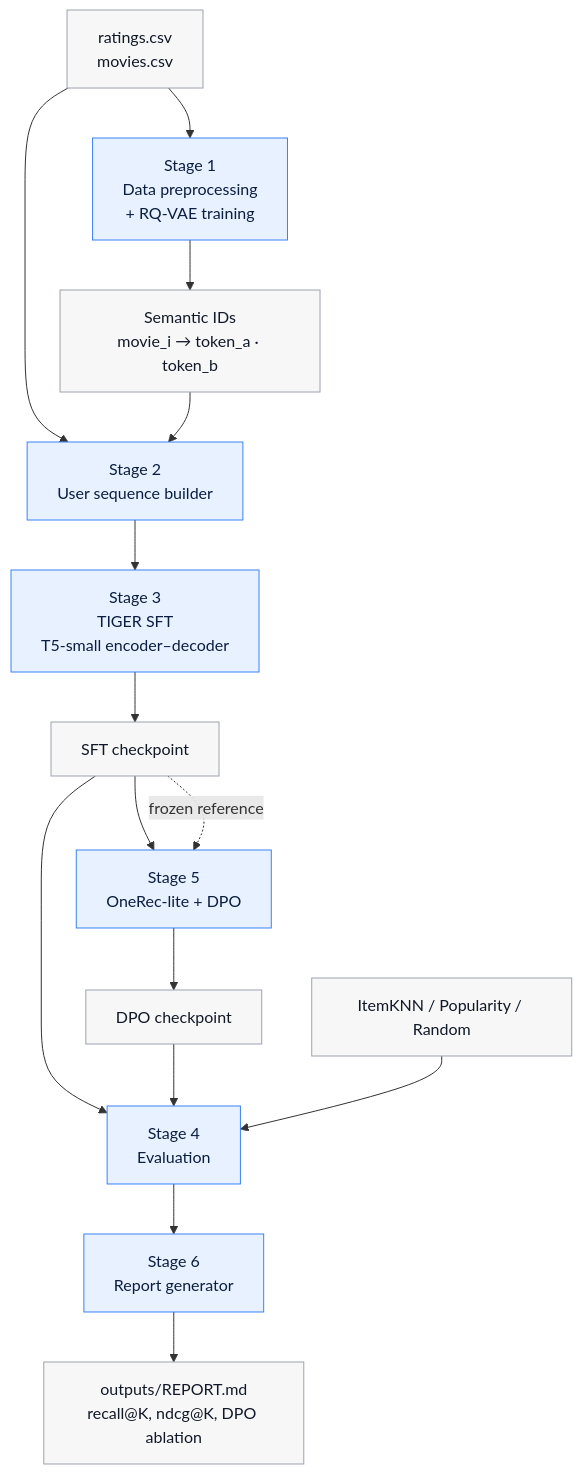
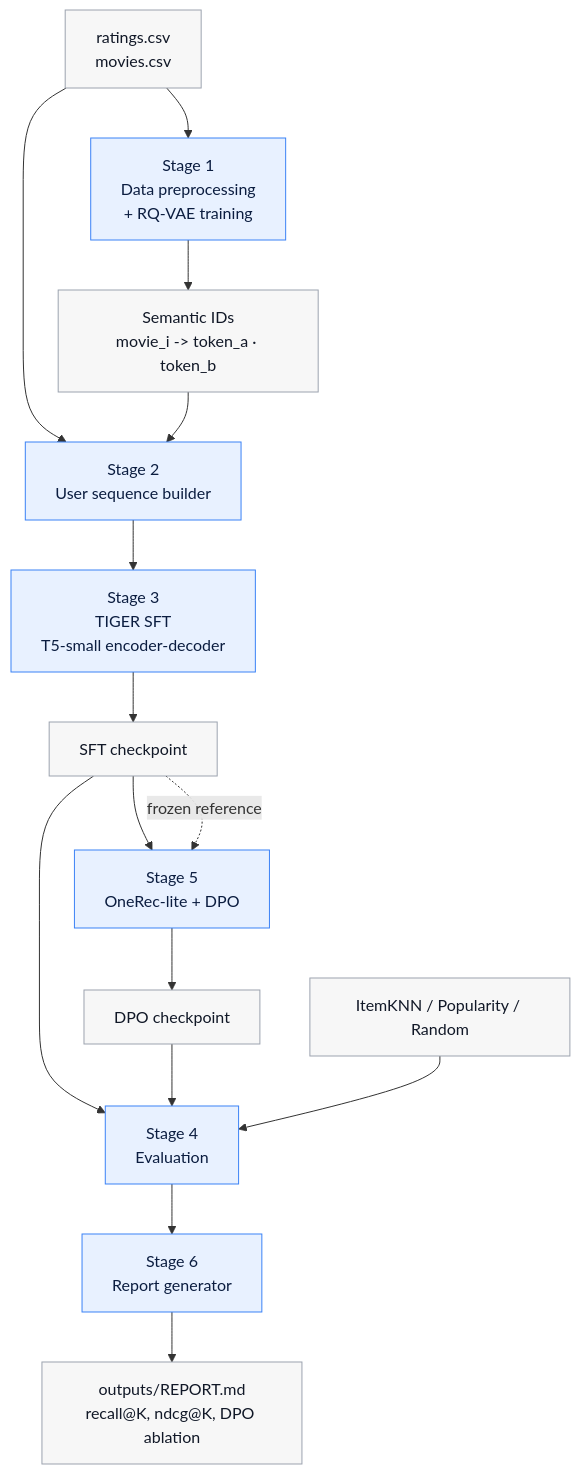
The diagram in README.md (MasterpieceXu/Tiger-dpo-recsys), drawn with Mermaid before and after one commit. The commit also changed other lines of this file and 8 other files, not shown here.

````diff
--- a/README.md
+++ b/README.md
@@ -42,22 +42,22 @@
 ```mermaid
 flowchart TD
     A["ratings.csv<br/>movies.csv"] --> B["Stage 1<br/>Data preprocessing<br/>+ RQ-VAE training"]
-    B --> C["Semantic IDs<br/>movie_i → token_a · token_b"]
+    B --> C["Semantic IDs<br/>movie_i -> token_a · token_b"]
     A --> D["Stage 2<br/>User sequence builder"]
     C --> D
-    D --> E["Stage 3<br/>TIGER SFT<br/>T5-small encoder–decoder"]
+    D --> E["Stage 3<br/>TIGER SFT<br/>T5-small encoder-decoder"]
     E --> F["SFT checkpoint"]
     F --> G["Stage 5<br/>OneRec-lite + DPO"]
     F -. frozen reference .-> G
     G --> H["DPO checkpoint"]
     F --> I["Stage 4<br/>Evaluation"]
     H --> I
     J["ItemKNN / Popularity / Random"] --> I
     I --> K["Stage 6<br/>Report generator"]
     K --> L["outputs/REPORT.md<br/>recall@K, ndcg@K, DPO ablation"]
 
     classDef stage fill:#e8f1ff,stroke:#3b82f6,stroke-width:1px,color:#0b1d40;
     classDef artifact fill:#f7f7f7,stroke:#9ca3af,color:#111827;
     class B,D,E,G,I,K stage;
     class A,C,F,H,J,L artifact;
 ```
````
